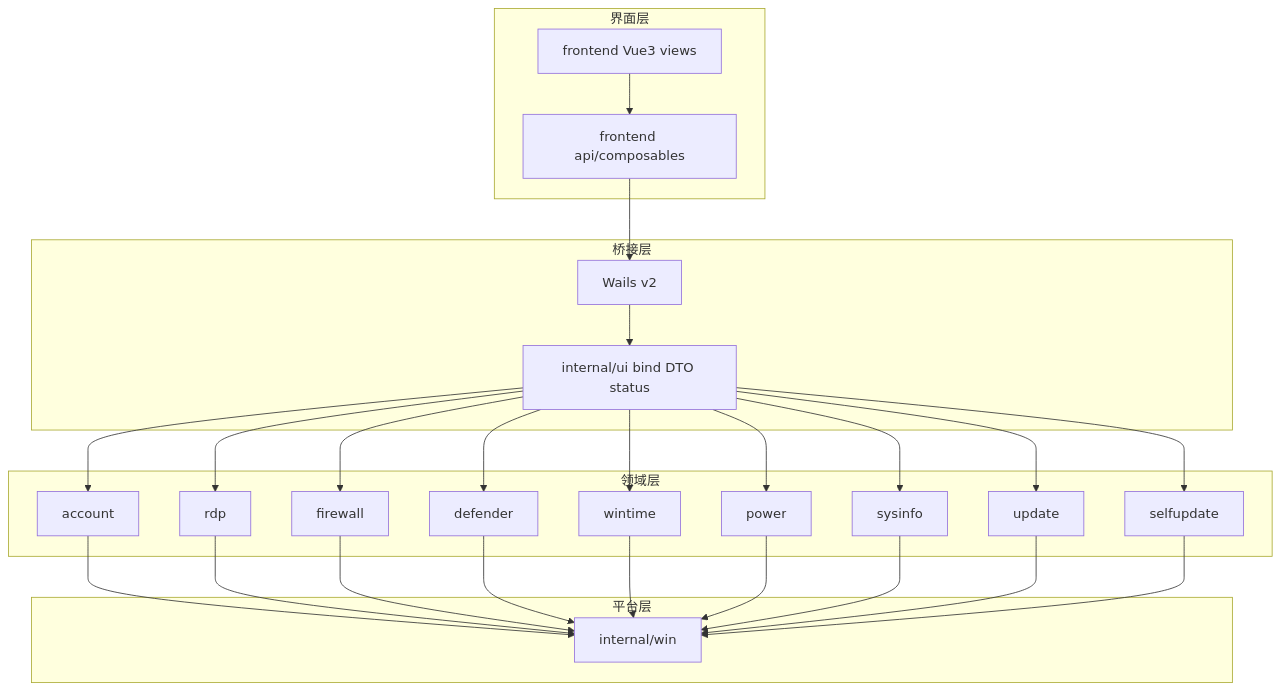
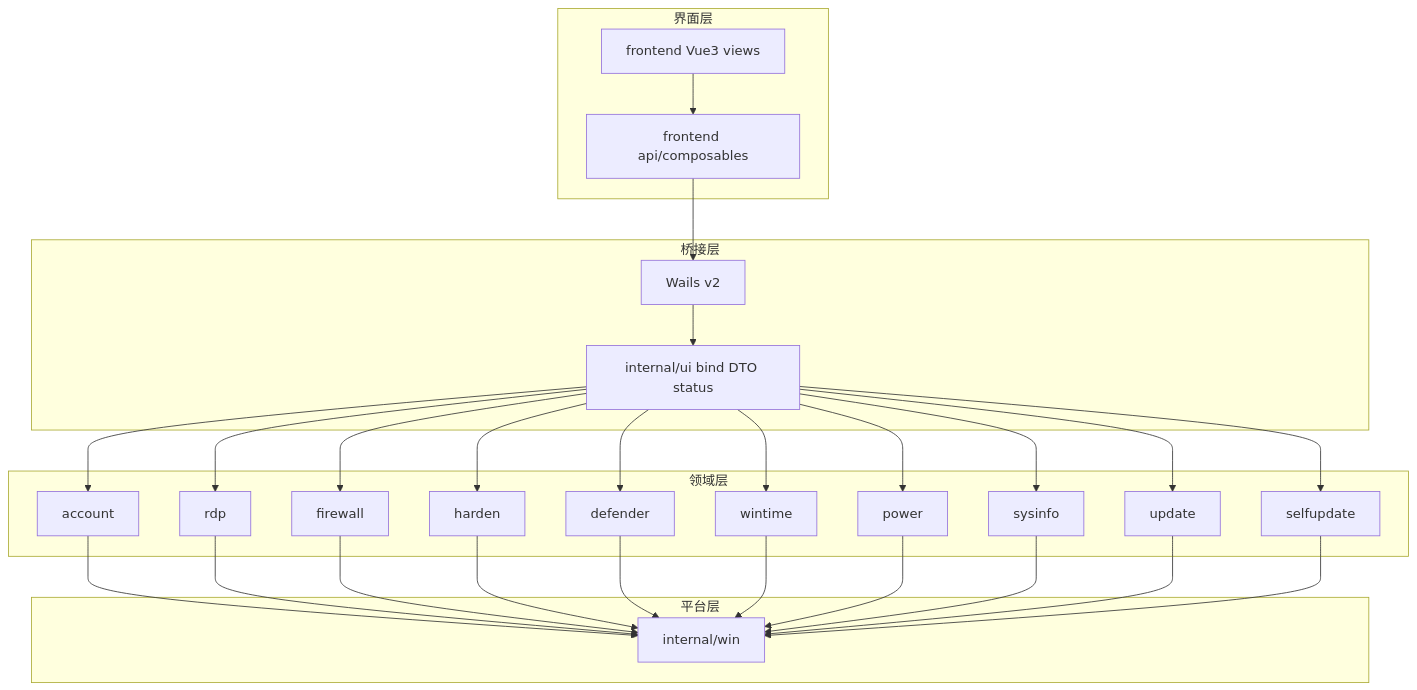
One commit to lucaswren/wintoolbox changed the diagram in README.md. Above: the diagram before and after it, drawn with Mermaid. The commit also changed other lines of this file and 48 other files, not shown here.

````diff
--- a/README.md
+++ b/README.md
@@ -36,28 +46,29 @@
 ```mermaid
 flowchart TB
   subgraph uiLayer [界面层]
     Vue[frontend Vue3 views]
     Api[frontend api/composables]
   end
   subgraph bridge [桥接层]
     Bind[internal/ui bind DTO status]
     Wails[Wails v2]
   end
   subgraph domain [领域层]
     Acc[account]
     Rdp[rdp]
     Fw[firewall]
+    Hard[harden]
     Def[defender]
     Time[wintime]
     Pwr[power]
     Sys[sysinfo]
     Wu[update]
     Su[selfupdate]
   end
   subgraph platform [平台层]
     Win[internal/win]
   end
   Vue --> Api --> Wails --> Bind
-  Bind --> Acc & Rdp & Fw & Def & Time & Pwr & Sys & Wu & Su
-  Acc & Rdp & Fw & Def & Time & Pwr & Sys & Wu & Su --> Win
+  Bind --> Acc & Rdp & Fw & Hard & Def & Time & Pwr & Sys & Wu & Su
+  Acc & Rdp & Fw & Hard & Def & Time & Pwr & Sys & Wu & Su --> Win
 ```
````
